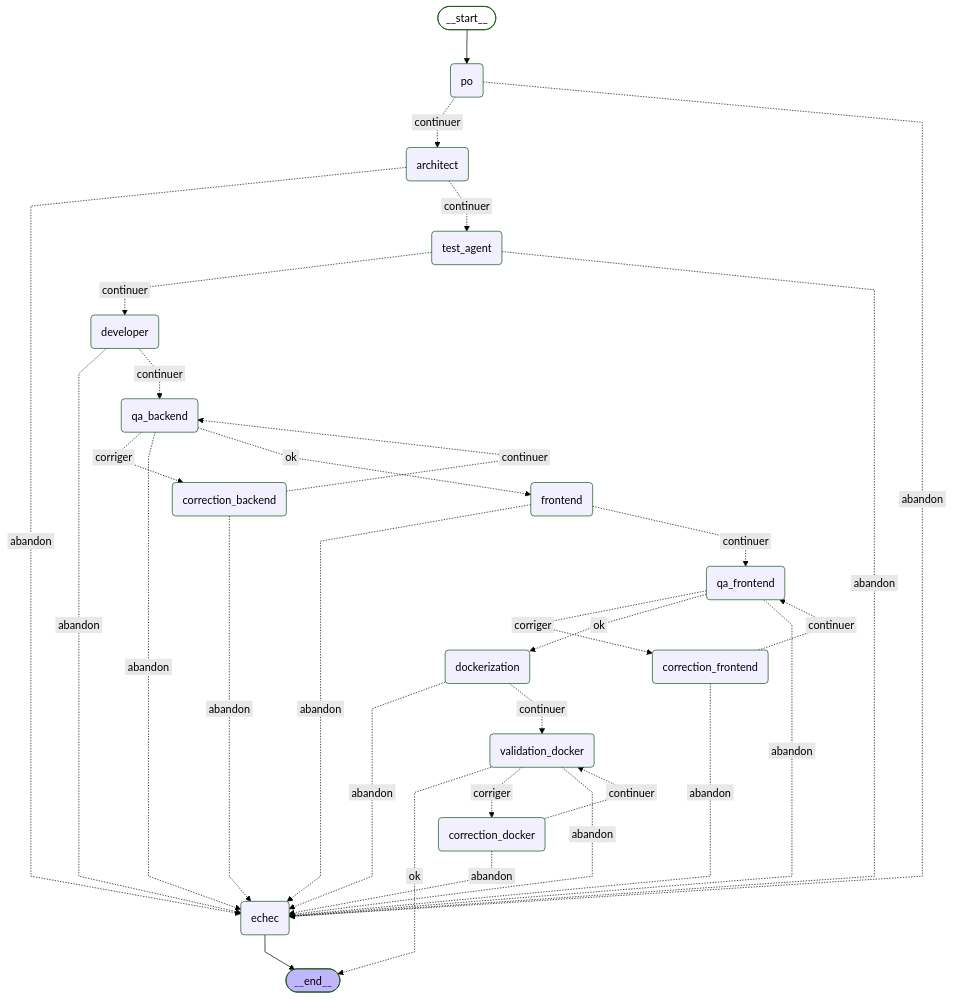
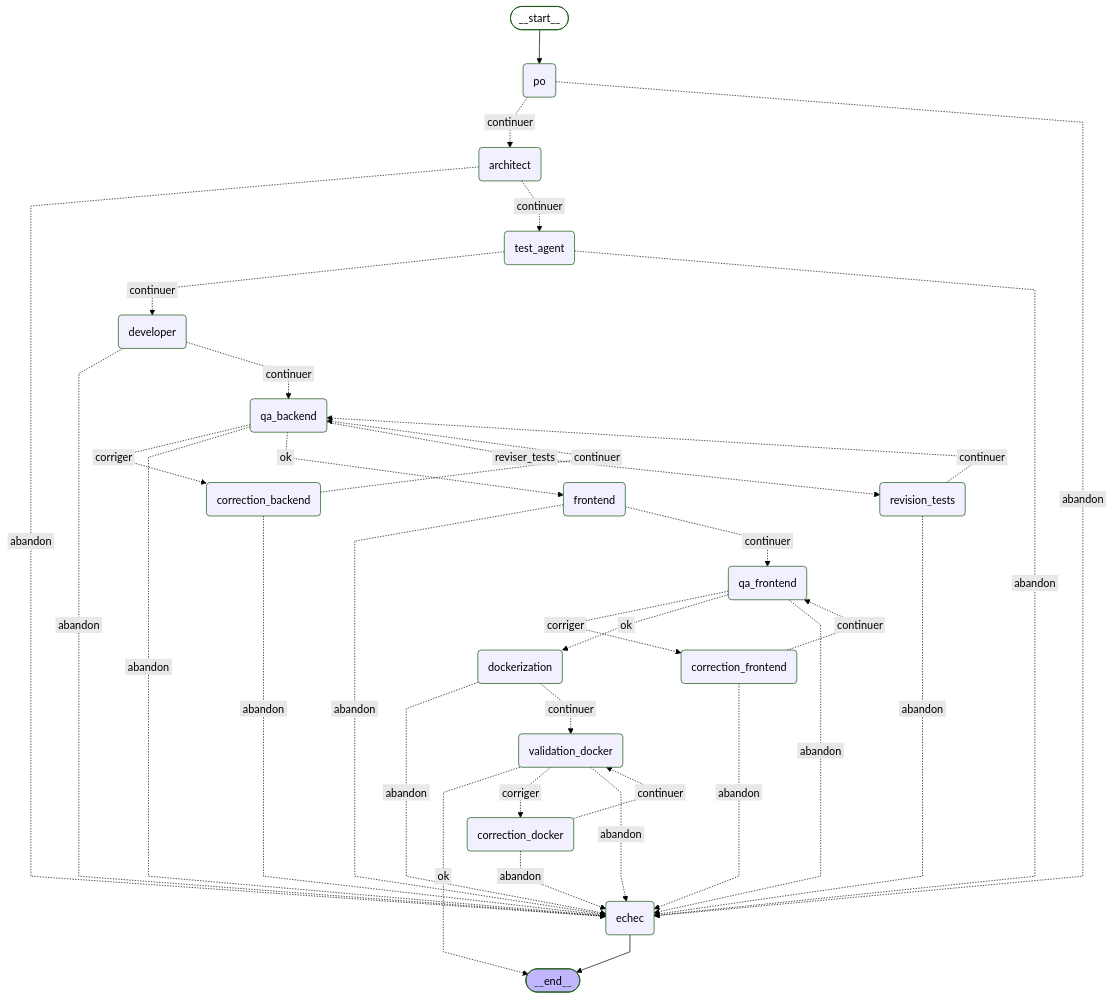
The diagram in docs/pipeline.md (gnichimariem1-cell/AutoDev), drawn with Mermaid (forest theme) before and after one commit. The commit also changed 12 other files, not shown here.

````diff
--- a/docs/pipeline.md
+++ b/docs/pipeline.md
@@ -9,55 +9,59 @@
 ```mermaid
 ---
 config:
   flowchart:
     curve: linear
 ---
 graph TD;
 	__start__([<p>__start__</p>]):::first
 	po(po)
 	architect(architect)
 	test_agent(test_agent)
 	developer(developer)
 	qa_backend(qa_backend)
 	correction_backend(correction_backend)
+	revision_tests(revision_tests)
 	frontend(frontend)
 	qa_frontend(qa_frontend)
 	correction_frontend(correction_frontend)
 	dockerization(dockerization)
 	validation_docker(validation_docker)
 	correction_docker(correction_docker)
 	echec(echec)
 	__end__([<p>__end__</p>]):::last
 	__start__ --> po;
 	architect -. &nbsp;abandon&nbsp; .-> echec;
 	architect -. &nbsp;continuer&nbsp; .-> test_agent;
 	correction_backend -. &nbsp;abandon&nbsp; .-> echec;
 	correction_backend -. &nbsp;continuer&nbsp; .-> qa_backend;
 	correction_docker -. &nbsp;abandon&nbsp; .-> echec;
 	correction_docker -. &nbsp;continuer&nbsp; .-> validation_docker;
 	correction_frontend -. &nbsp;abandon&nbsp; .-> echec;
 	correction_frontend -. &nbsp;continuer&nbsp; .-> qa_frontend;
 	developer -. &nbsp;abandon&nbsp; .-> echec;
 	developer -. &nbsp;continuer&nbsp; .-> qa_backend;
 	dockerization -. &nbsp;abandon&nbsp; .-> echec;
 	dockerization -. &nbsp;continuer&nbsp; .-> validation_docker;
 	frontend -. &nbsp;abandon&nbsp; .-> echec;
 	frontend -. &nbsp;continuer&nbsp; .-> qa_frontend;
 	po -. &nbsp;continuer&nbsp; .-> architect;
 	po -. &nbsp;abandon&nbsp; .-> echec;
 	qa_backend -. &nbsp;corriger&nbsp; .-> correction_backend;
 	qa_backend -. &nbsp;abandon&nbsp; .-> echec;
 	qa_backend -. &nbsp;ok&nbsp; .-> frontend;
+	qa_backend -. &nbsp;reviser_tests&nbsp; .-> revision_tests;
 	qa_frontend -. &nbsp;corriger&nbsp; .-> correction_frontend;
 	qa_frontend -. &nbsp;ok&nbsp; .-> dockerization;
 	qa_frontend -. &nbsp;abandon&nbsp; .-> echec;
+	revision_tests -. &nbsp;abandon&nbsp; .-> echec;
+	revision_tests -. &nbsp;continuer&nbsp; .-> qa_backend;
 	test_agent -. &nbsp;continuer&nbsp; .-> developer;
 	test_agent -. &nbsp;abandon&nbsp; .-> echec;
 	validation_docker -. &nbsp;ok&nbsp; .-> __end__;
 	validation_docker -. &nbsp;corriger&nbsp; .-> correction_docker;
 	validation_docker -. &nbsp;abandon&nbsp; .-> echec;
 	echec --> __end__;
 	classDef default fill:#f2f0ff,line-height:1.2
 	classDef first fill-opacity:0
 	classDef last fill:#bfb6fc
 ```
````
